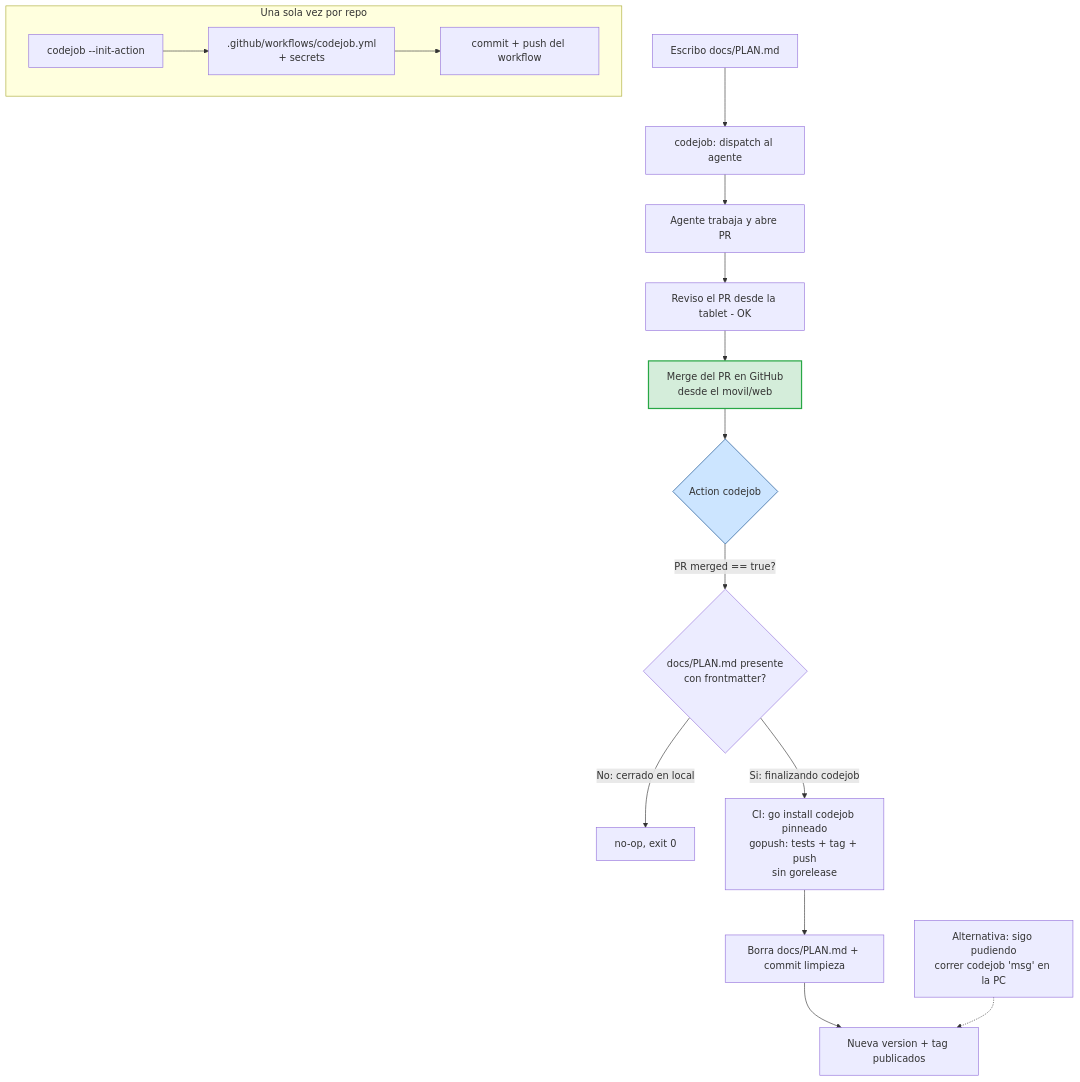
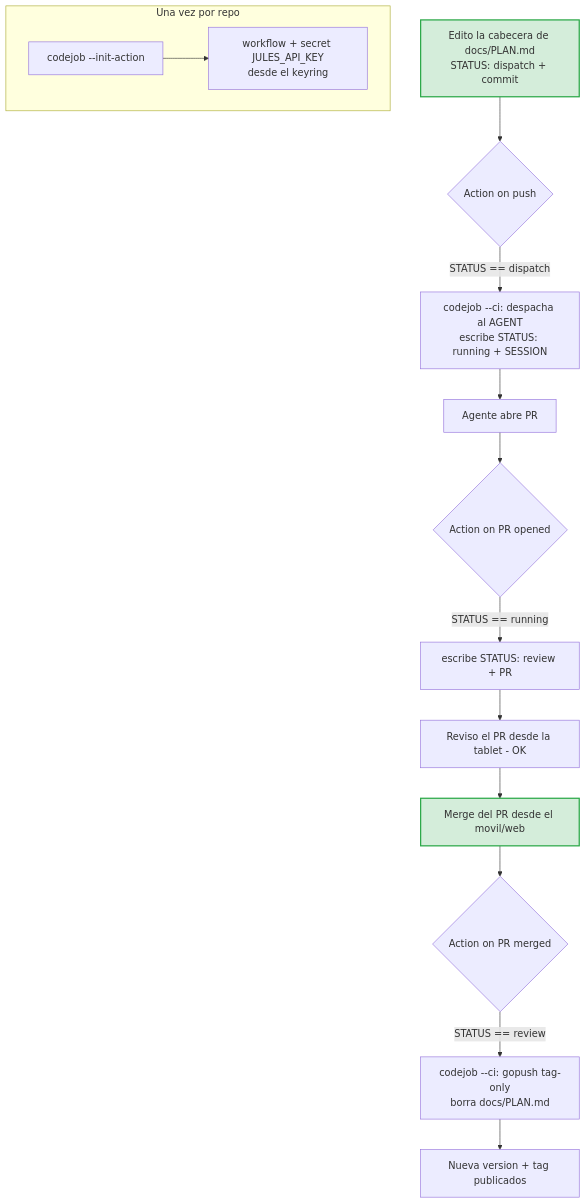
The third of 3 diagrams in docs/PLAN.md (tinywasm/devflow), drawn with Mermaid before and after one commit. The commit also changed other lines of this file, not shown here.

First line of the commit message:
docs: unify codejob state in PLAN.md frontmatter; enable full cloud loop

````diff
--- a/docs/PLAN.md
+++ b/docs/PLAN.md
@@ -111,24 +161,20 @@
 ```mermaid
 flowchart TD
-    subgraph SETUP["Una sola vez por repo"]
-        S1[codejob --init-action] --> S2[.github/workflows/codejob.yml<br/>+ secrets] --> S3[commit + push del workflow]
+    subgraph SETUP["Una vez por repo"]
+        S1[codejob --init-action] --> S2[workflow + secret JULES_API_KEY<br/>desde el keyring]
     end
 
-    A[Escribo docs/PLAN.md] --> B[codejob: dispatch al agente]
-    B --> C[Agente trabaja y abre PR]
-    C --> D[Reviso el PR desde la tablet - OK]
-    D --> E[Merge del PR en GitHub<br/>desde el movil/web]
+    A[Edito la cabecera de docs/PLAN.md<br/>STATUS: dispatch + commit] --> GA1{Action on push}
+    GA1 -->|STATUS == dispatch| B[codejob --ci: despacha al AGENT<br/>escribe STATUS: running + SESSION]
+    B --> C[Agente abre PR]
+    C --> GA2{Action on PR opened}
+    GA2 -->|STATUS == running| R[escribe STATUS: review + PR]
+    R --> D[Reviso el PR desde la tablet - OK]
+    D --> E[Merge del PR desde el movil/web]
+    E --> GA3{Action on PR merged}
+    GA3 -->|STATUS == review| P[codejob --ci: gopush tag-only<br/>borra docs/PLAN.md]
+    P --> I[Nueva version + tag publicados]
 
-    E --> GA{Action codejob}
-    GA -->|PR merged == true?| GA2
-    GA2{docs/PLAN.md presente<br/>con frontmatter?}
-    GA2 -->|No: cerrado en local| NOOP[no-op, exit 0]
-    GA2 -->|Si: finalizando codejob| P[CI: go install codejob pinneado<br/>gopush: tests + tag + push<br/>sin gorelease]
-    P --> CLEAN[Borra docs/PLAN.md + commit limpieza]
-    CLEAN --> I[Nueva version + tag publicados]
-
-    ALT[Alternativa: sigo pudiendo<br/>correr codejob 'msg' en la PC] -.-> I
-
+    style A fill:#d4edda,stroke:#28a745,stroke-width:2px
     style E fill:#d4edda,stroke:#28a745,stroke-width:2px
-    style GA fill:#cce5ff,stroke:#004085
 ```
````
